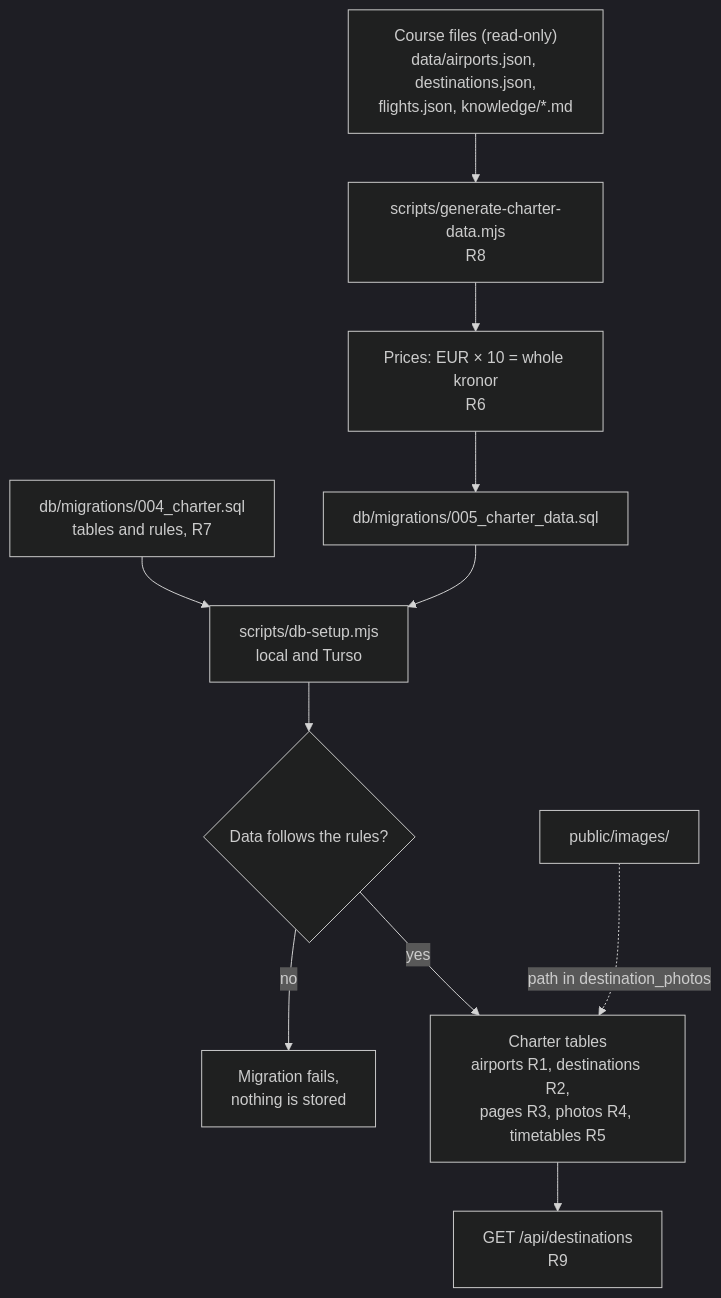
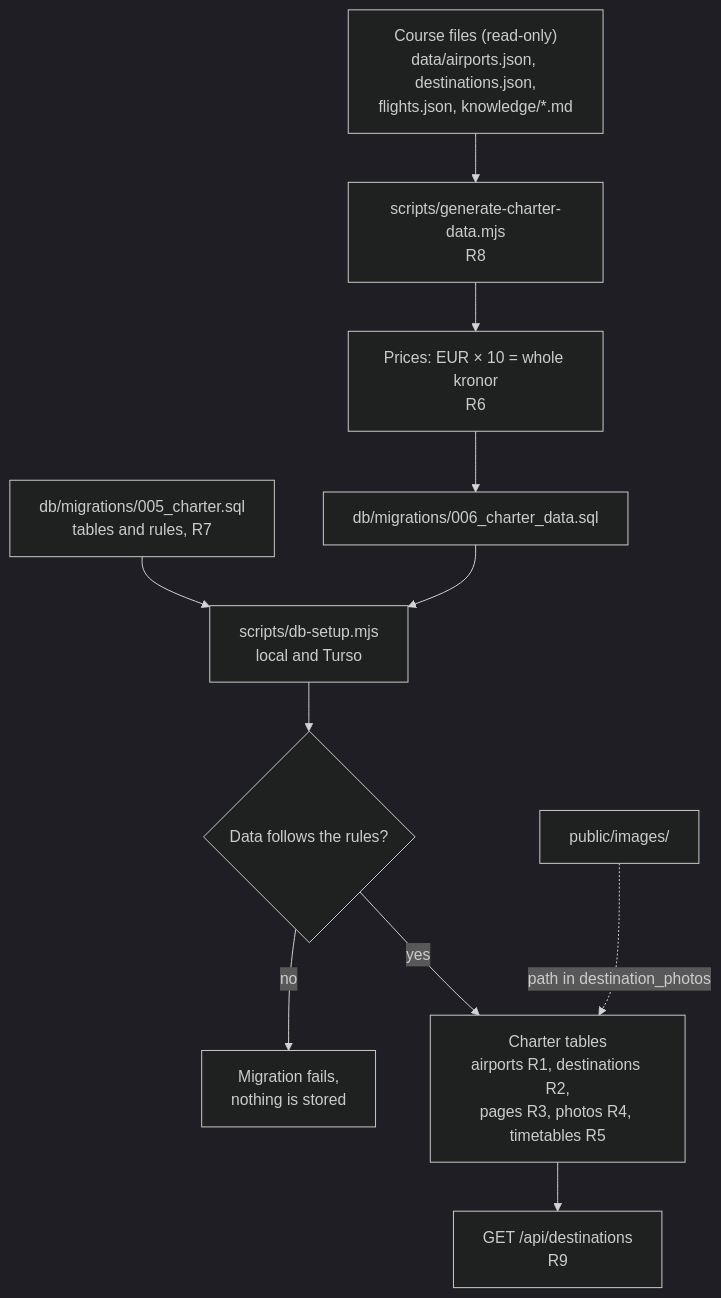
The diagram in specs/backlog/TRIP-007-import-course-data/flow.mmd (gustavnymoen/gurrasflyg), drawn with Mermaid (dark theme) before and after one commit. The commit also changed 4 other files, not shown here.

```diff
--- a/specs/backlog/TRIP-007-import-course-data/flow.mmd
+++ b/specs/backlog/TRIP-007-import-course-data/flow.mmd
@@ -1,12 +1,12 @@
 %% TRIP-007 Import the course data
 flowchart TD
     Files["Course files (read-only)<br/>data/airports.json, destinations.json,<br/>flights.json, knowledge/*.md"] --> Script["scripts/generate-charter-data.mjs<br/>R8"]
     Script --> Convert["Prices: EUR × 10 = whole kronor<br/>R6"]
-    Convert --> Sql["db/migrations/005_charter_data.sql"]
-    Tables["db/migrations/004_charter.sql<br/>tables and rules, R7"] --> Setup
+    Convert --> Sql["db/migrations/006_charter_data.sql"]
+    Tables["db/migrations/005_charter.sql<br/>tables and rules, R7"] --> Setup
     Sql --> Setup["scripts/db-setup.mjs<br/>local and Turso"]
     Setup --> Ok{Data follows the rules?}
     Ok -- no --> Fail[Migration fails,<br/>nothing is stored]
     Ok -- yes --> Db["Charter tables<br/>airports R1, destinations R2,<br/>pages R3, photos R4, timetables R5"]
     Db --> Api["GET /api/destinations<br/>R9"]
     Photos["public/images/"] -. path in destination_photos .-> Db
```
